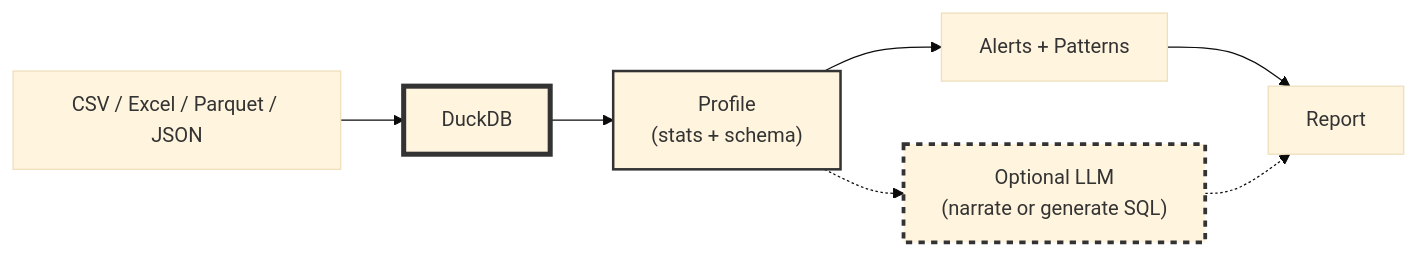
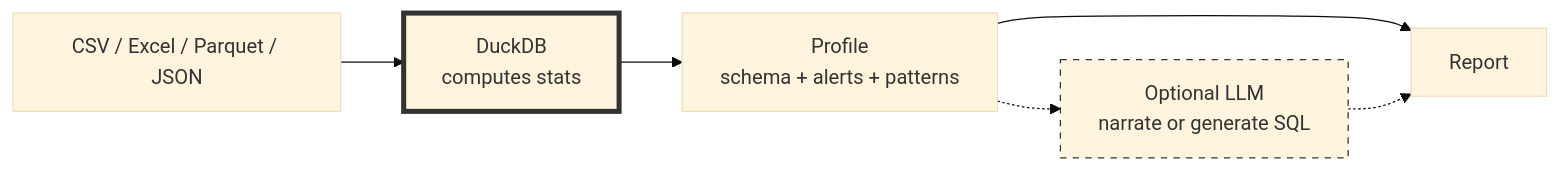
Before and after one commit to Shaddix/mostlylucidweb: the diagram in Mostlylucid/Markdown/datasummarizer-how-it-works.md, drawn with Mermaid (base theme). The commit also changed other lines of this file and 3 other files, not shown here.

````diff
--- a/Mostlylucid/Markdown/datasummarizer-how-it-works.md
+++ b/Mostlylucid/Markdown/datasummarizer-how-it-works.md
@@ -90,14 +51,11 @@
 ```mermaid
 flowchart LR
-    F[CSV / Excel / Parquet / JSON] --> D[DuckDB]
-    D --> P["Profile<br/>(stats + schema)"]
-    P --> A[Alerts + Patterns]
-    A --> R[Report]
-
-    P -.-> L["Optional LLM<br/>(narrate or generate SQL)"]
+    F[CSV / Excel / Parquet / JSON] --> D[DuckDB<br/>computes stats]
+    D --> P[Profile<br/>schema + alerts + patterns]
+    P --> R[Report]
+    P -.-> L["Optional LLM<br/>narrate or generate SQL"]
     L -.-> R
 
     style D stroke:#333,stroke-width:4px
-    style P stroke:#333,stroke-width:2px
-    style L stroke:#333,stroke-width:3px,stroke-dasharray: 5 5
+    style L stroke:#333,stroke-dasharray: 5 5
 ```
````
